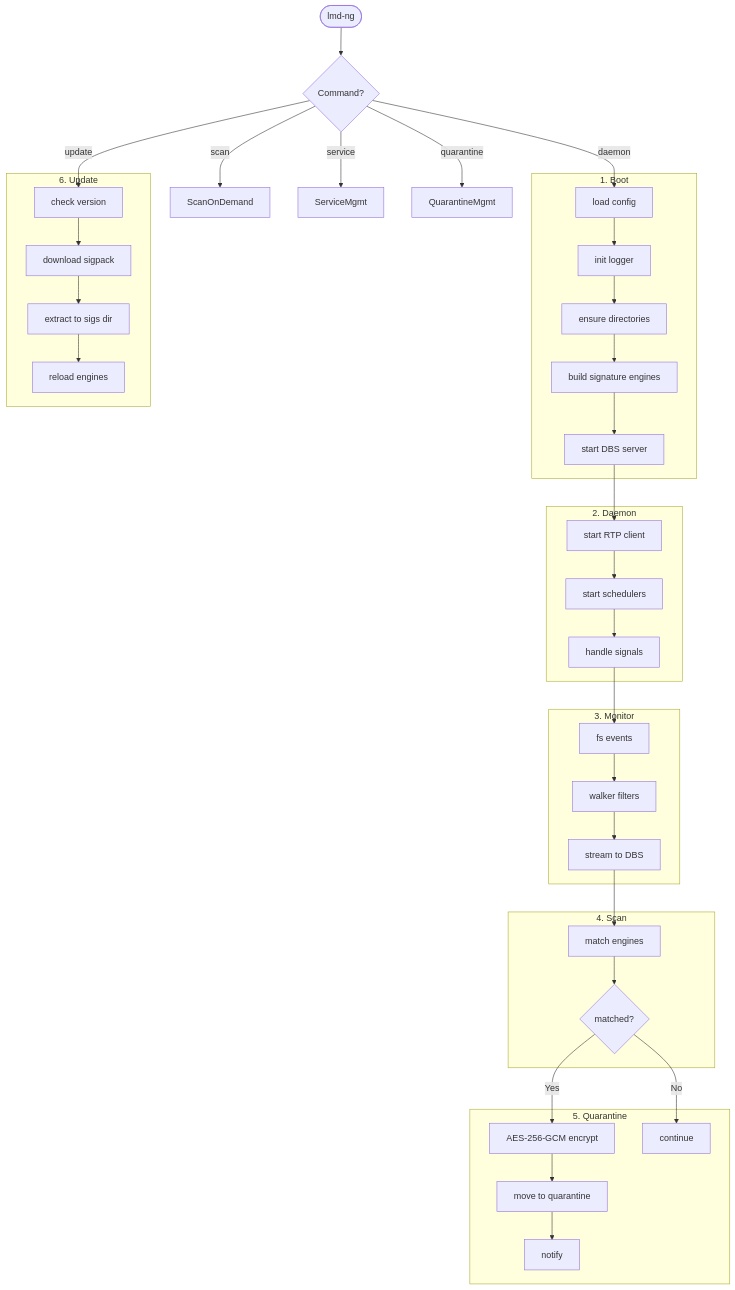
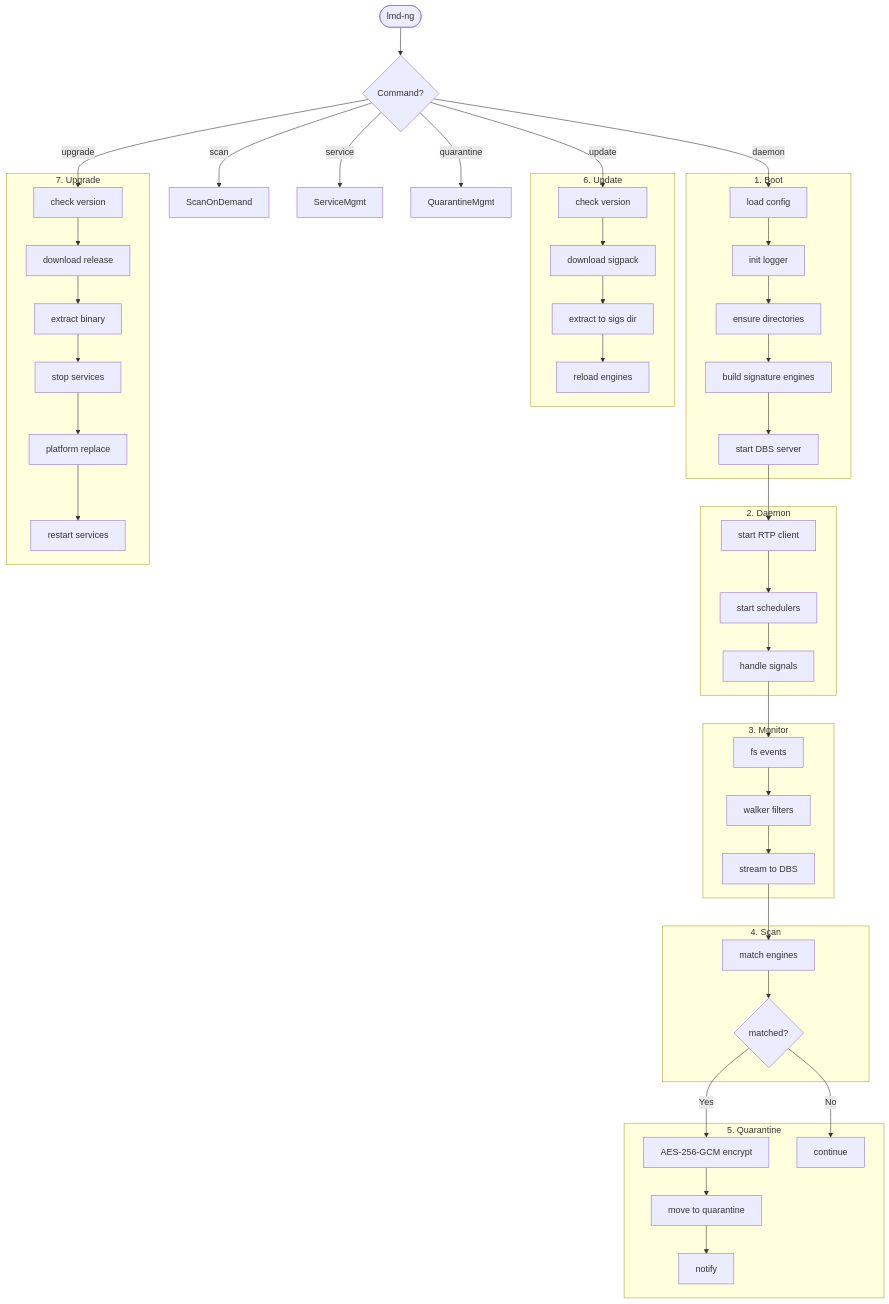
The diagram in docs/WORKFLOWS.md (dimaskiddo/lmd-ng), drawn with Mermaid before and after one commit. The commit also changed other lines of this file and 1 other file, not shown here.

First line of the commit message:
docs: add Upgrade feature documentation to ARCHITECTURE and WORKFLOWS

````diff
--- a/docs/WORKFLOWS.md
+++ b/docs/WORKFLOWS.md
@@ -9,46 +9,55 @@
 ```mermaid
 flowchart TD
     Start([lmd-ng]) --> Route{Command?}
     Route -- "daemon" --> Boot
     Route -- "scan <path>" --> ScanOnDemand
     Route -- "update" --> SigUpdate
     Route -- "service" --> ServiceMgmt
     Route -- "quarantine" --> QuarantineMgmt
+    Route -- "upgrade" --> UpgradeFlow
 
     subgraph S1["1. Boot"]
         Boot[load config] --> InitLog[init logger]
         InitLog --> EnsureDirs[ensure directories]
         EnsureDirs --> BuildEngines[build signature engines]
         BuildEngines --> StartDBS[start DBS server]
     end
 
     subgraph S2["2. Daemon"]
         StartDBS --> StartRTP[start RTP client]
         StartRTP --> StartSched[start schedulers]
         StartSched --> HandleSignal[handle signals]
     end
 
     subgraph S3["3. Monitor"]
         HandleSignal --> Monitor[fs events]
         Monitor --> Filter[walker filters]
         Filter --> StreamToDBS[stream to DBS]
     end
 
     subgraph S4["4. Scan"]
         StreamToDBS --> MatchEngines[match engines]
         MatchEngines --> Result{matched?}
     end
 
     subgraph S5["5. Quarantine"]
         Result -- Yes --> Encrypt[AES-256-GCM encrypt]
         Encrypt --> Move[move to quarantine]
         Move --> Notify[notify]
         Result -- No --> Skip[continue]
     end
 
     subgraph S6["6. Update"]
         SigUpdate[check version] --> Download[download sigpack]
         Download --> Extract[extract to sigs dir]
         Extract --> ReloadEngines[reload engines]
     end
+
+    subgraph S7["7. Upgrade"]
+        UpgradeFlow[check version] --> DL[download release]
+        DL --> ExtractBin[extract binary]
+        ExtractBin --> StopSvc[stop services]
+        StopSvc --> Replace[platform replace]
+        Replace --> StartSvc[restart services]
+    end
 ```
````
